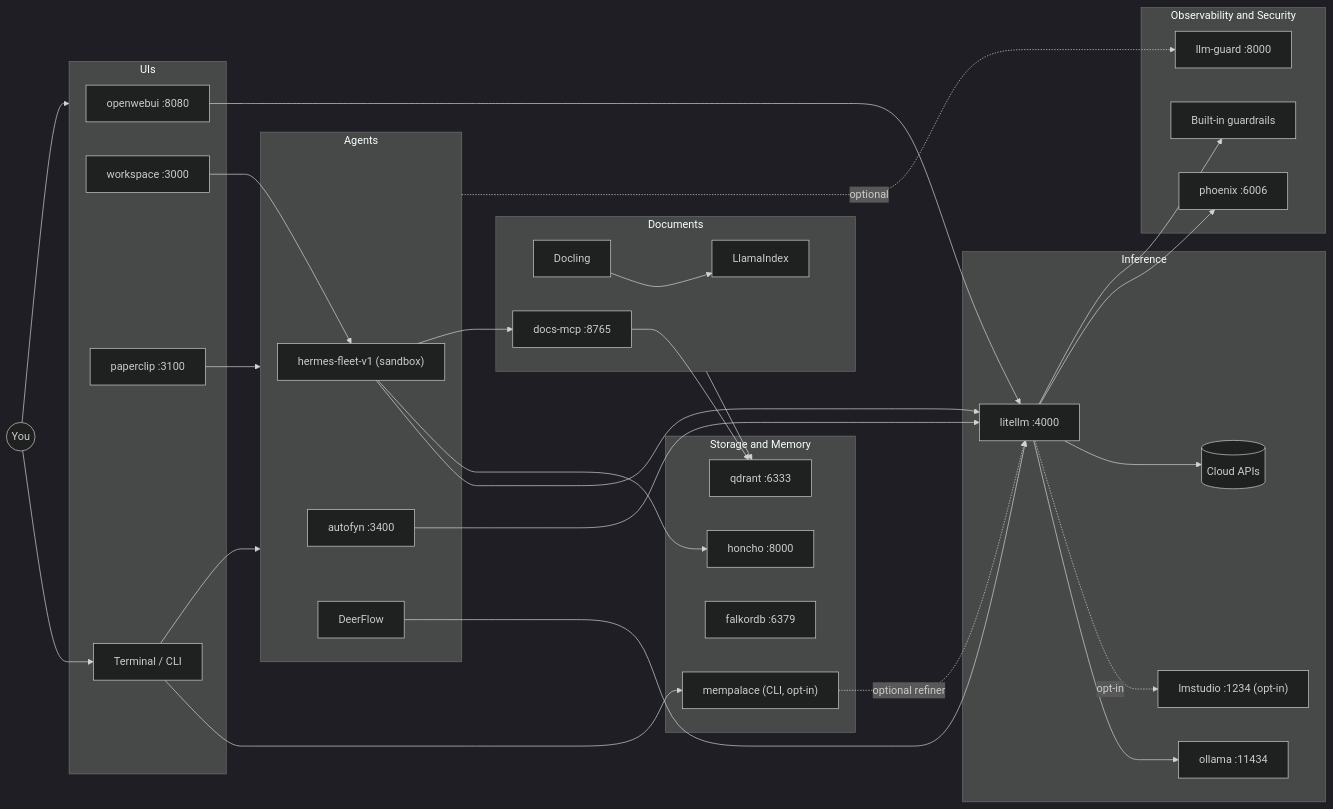
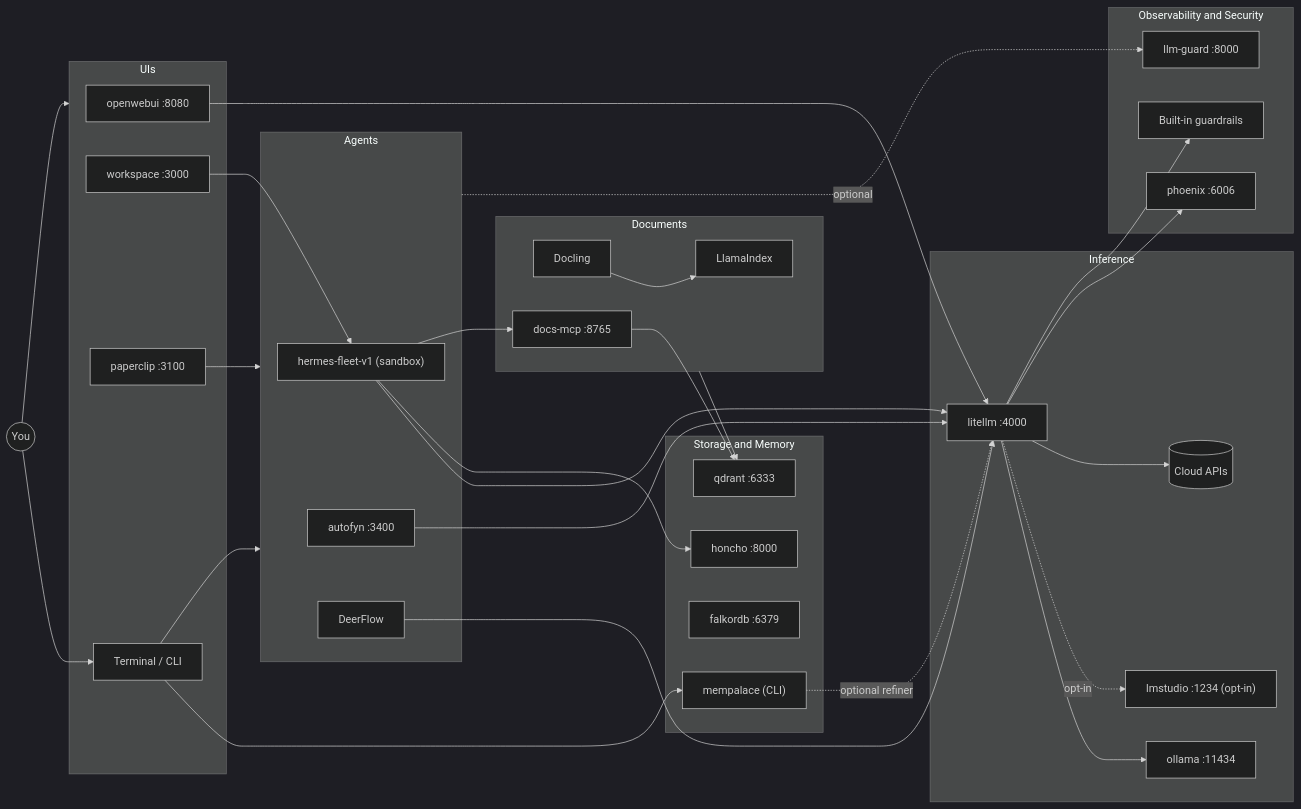
The first of 21 diagrams in doc/DIAGRAMS.md (mayssamj/versatile-ai-stack), drawn with Mermaid (dark theme) before and after one commit. The commit also changed other lines of this file and 24 other files, not shown here.

````diff
--- a/doc/DIAGRAMS.md
+++ b/doc/DIAGRAMS.md
@@ -36,73 +36,73 @@
 ```mermaid
 flowchart LR
   You((You))
 
   subgraph UIs[UIs]
     OWU[openwebui :8080]
     HW[workspace :3000]
     PC[paperclip :3100]
     CLI["Terminal / CLI"]
   end
 
   subgraph Agents[Agents]
     HF["hermes-fleet-v1 (sandbox)"]
     AF[autofyn :3400]
     DF[DeerFlow]
   end
 
   subgraph Infer[Inference]
     LL[litellm :4000]
     OL[ollama :11434]
     LMS["lmstudio :1234 (opt-in)"]
     CLOUD[(Cloud APIs)]
   end
 
   subgraph Storage[Storage and Memory]
     HO[honcho :8000]
     QD[qdrant :6333]
     FK[falkordb :6379]
-    MP["mempalace (CLI, opt-in)"]
+    MP["mempalace (CLI)"]
   end
 
   subgraph Docs[Documents]
     DC[Docling]
     LI[LlamaIndex]
     MCP[docs-mcp :8765]
   end
 
   subgraph Obs[Observability and Security]
     PX[phoenix :6006]
     LG[llm-guard :8000]
     GR[Built-in guardrails]
   end
 
   You --> UIs
   You --> CLI
 
   OWU --> LL
   HW --> HF
   PC --> Agents
   CLI --> Agents
 
   HF --> LL
   AF --> LL
   DF --> LL
   HF --> HO
   HF --> MCP
 
   LL --> OL
   LL -.opt-in.-> LMS
   LL --> CLOUD
   LL --> PX
   LL --> GR
 
   Docs --> QD
   MCP --> QD
   DC --> LI
   LI --> Docs
 
   CLI --> MP
   MP -.optional refiner.-> LL
 
   Agents -.optional.-> LG
 ```
````
